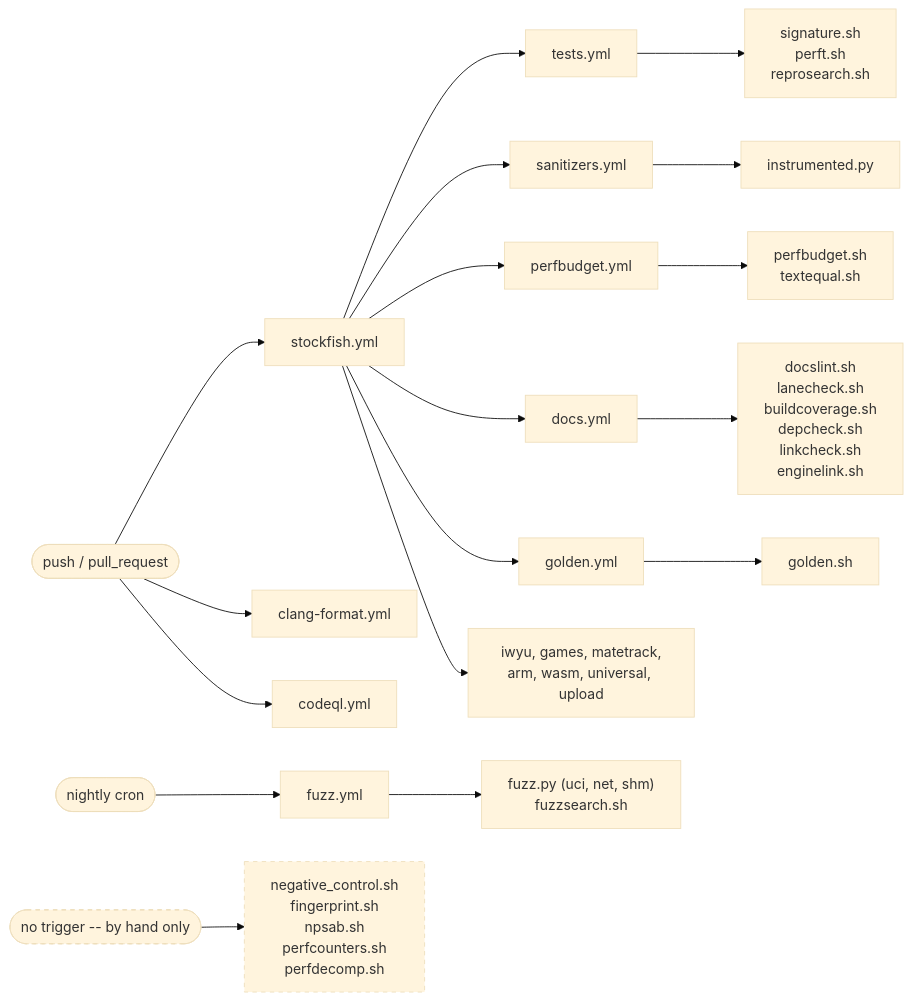
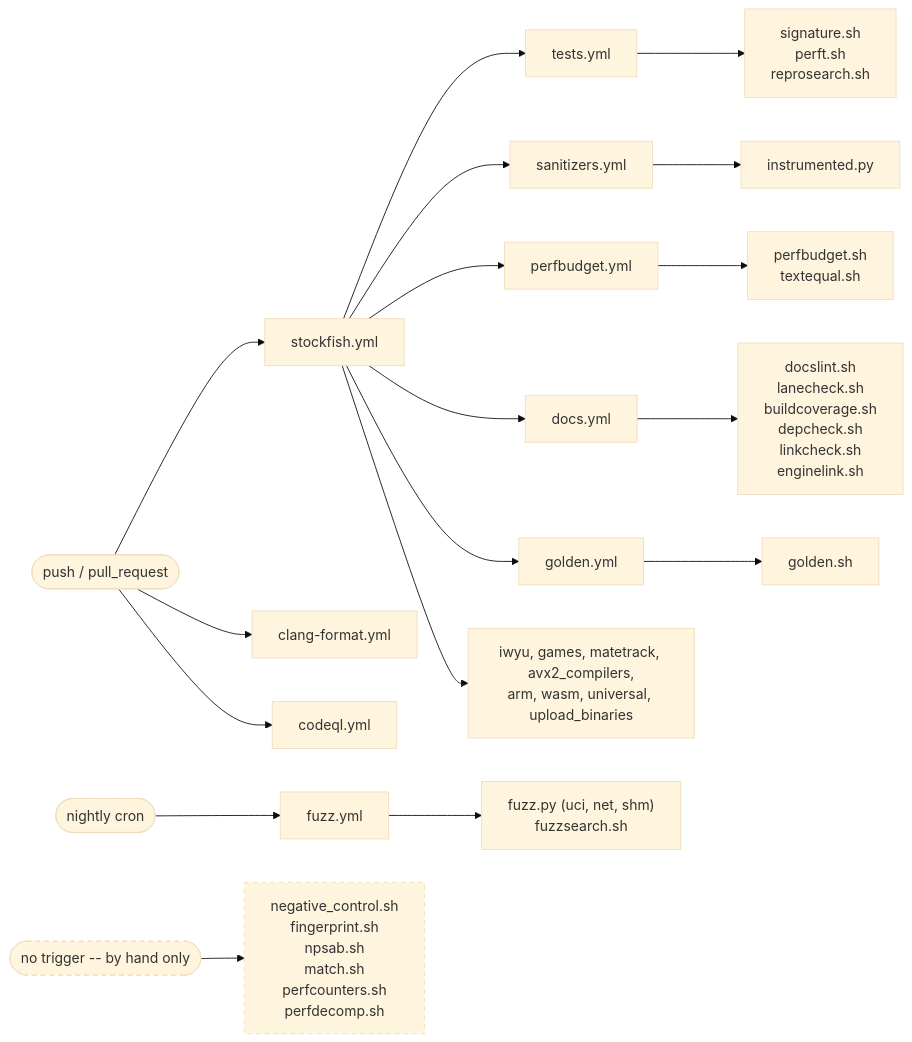
One commit to ppigazzini/Stockfish changed the diagram in docs/10-tooling-ci.md. Above: the diagram before and after it, drawn with Mermaid (base theme). The commit also changed other lines of this file and 42 other files, not shown here.

````diff
--- a/docs/10-tooling-ci.md
+++ b/docs/10-tooling-ci.md
@@ -921,22 +950,22 @@
 ```mermaid
 flowchart LR
     P(["push / pull_request"]) --> SF["stockfish.yml"]
     P --> CF["clang-format.yml"]
     P --> CQ["codeql.yml"]
     SF --> T["tests.yml"]
     SF --> SAN["sanitizers.yml"]
     SF --> PB["perfbudget.yml"]
     SF --> D["docs.yml"]
     SF --> GO["golden.yml"]
-    SF --> OTH["iwyu, games, matetrack,<br/>arm, wasm, universal, upload"]
+    SF --> OTH["iwyu, games, matetrack, avx2_compilers,<br/>arm, wasm, universal, upload_binaries"]
     N(["nightly cron"]) --> FZ["fuzz.yml"]
     T --> G1["signature.sh<br/>perft.sh<br/>reprosearch.sh"]
     D --> G5["docslint.sh<br/>lanecheck.sh<br/>buildcoverage.sh<br/>depcheck.sh<br/>linkcheck.sh<br/>enginelink.sh"]
     GO --> G6["golden.sh"]
     FZ --> G7["fuzz.py (uci, net, shm)<br/>fuzzsearch.sh"]
     SAN --> G3["instrumented.py"]
     PB --> G4["perfbudget.sh<br/>textequal.sh"]
-    L(["no trigger -- by hand only"]) --> G2["negative_control.sh<br/>fingerprint.sh<br/>npsab.sh<br/>perfcounters.sh<br/>perfdecomp.sh"]
+    L(["no trigger -- by hand only"]) --> G2["negative_control.sh<br/>fingerprint.sh<br/>npsab.sh<br/>match.sh<br/>perfcounters.sh<br/>perfdecomp.sh"]
     style G2 stroke-dasharray: 5 5
     style L stroke-dasharray: 5 5
 ```
````
